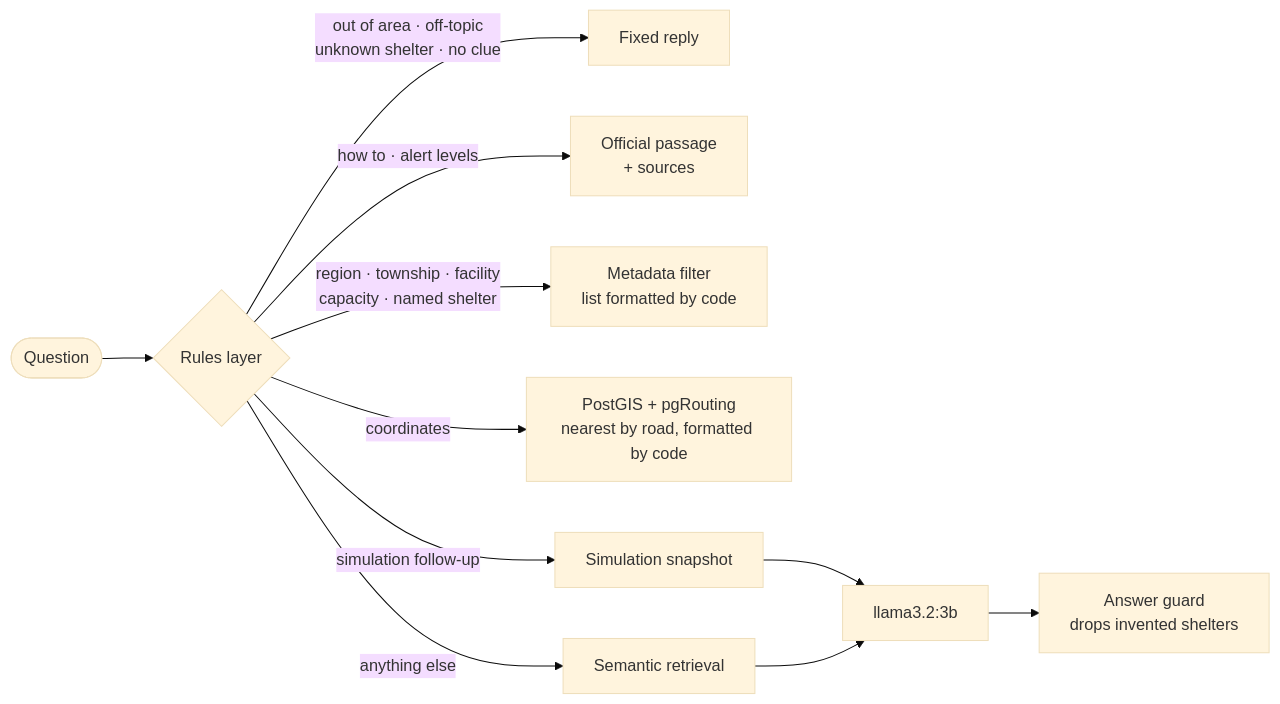
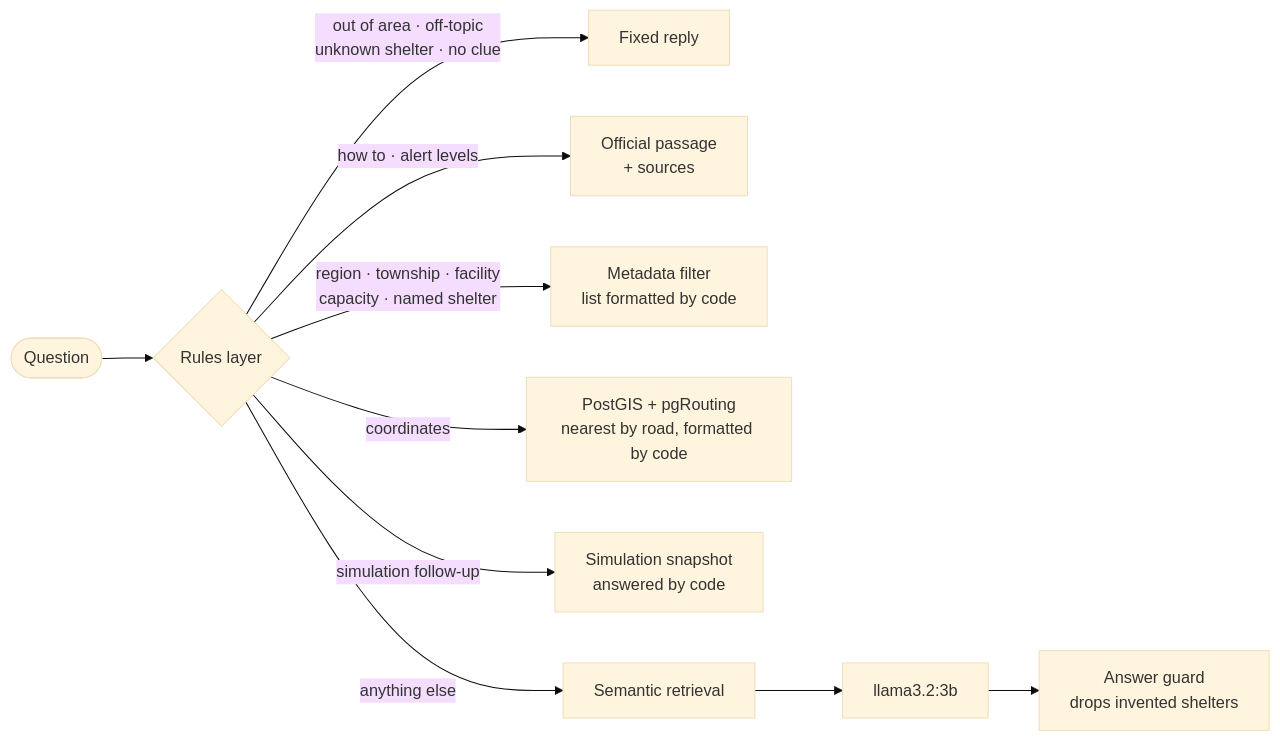
The first of 2 diagrams in README.md (sleepomen/DisasterHub), drawn with Mermaid (base theme) before and after one commit. The commit also changed other lines of this file and 9 other files, not shown here.

Commit message:
document code-built simulation answer and their evaluation

````diff
--- a/README.md
+++ b/README.md
@@ -57,13 +58,12 @@
 ```mermaid
 flowchart LR
     Q([Question]) --> R{Rules layer}
     R -- "out of area · off-topic<br/>unknown shelter · no clue" --> F[Fixed reply]
     R -- "how to · alert levels" --> K[Official passage<br/>+ sources]
     R -- "region · township · facility<br/>capacity · named shelter" --> D[Metadata filter<br/>list formatted by code]
     R -- "coordinates" --> N[PostGIS + pgRouting<br/>nearest by road, formatted by code]
-    R -- "simulation follow-up" --> S[Simulation snapshot]
+    R -- "simulation follow-up" --> S[Simulation snapshot<br/>answered by code]
     R -- "anything else" --> V[Semantic retrieval]
-    S --> L[llama3.2:3b]
-    V --> L
+    V --> L[llama3.2:3b]
     L --> G[Answer guard<br/>drops invented shelters]
 ```
````
